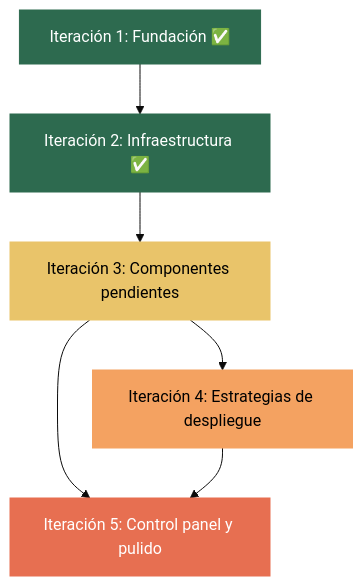
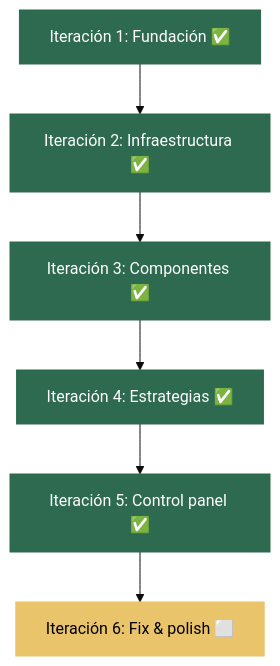
One commit to xavier-gallofre/k8s-deployer-playground changed the diagram in docs/user-stories.md. Above: the diagram before and after it, drawn with Mermaid (base theme). The commit also changed other lines of this file, not shown here.

````diff
--- a/docs/user-stories.md
+++ b/docs/user-stories.md
@@ -13,14 +13,15 @@
 ```mermaid
 graph TD
     I1["Iteración 1: Fundación ✅"] --> I2["Iteración 2: Infraestructura ✅"]
-    I2 --> I3["Iteración 3: Componentes pendientes"]
-    I3 --> I4["Iteración 4: Estrategias de despliegue"]
-    I3 --> I5["Iteración 5: Control panel y pulido"]
-    I4 --> I5
+    I2 --> I3["Iteración 3: Componentes ✅"]
+    I3 --> I4["Iteración 4: Estrategias ✅"]
+    I4 --> I5["Iteración 5: Control panel ✅"]
+    I5 --> I6["Iteración 6: Fix & polish ⬜"]
 
     style I1 fill:#2d6a4f,stroke:#2d6a4f,color:#fff
     style I2 fill:#2d6a4f,stroke:#2d6a4f,color:#fff
-    style I3 fill:#e9c46a,stroke:#e9c46a,color:#000
-    style I4 fill:#f4a261,stroke:#f4a261,color:#000
-    style I5 fill:#e76f51,stroke:#e76f51,color:#fff
+    style I3 fill:#2d6a4f,stroke:#2d6a4f,color:#fff
+    style I4 fill:#2d6a4f,stroke:#2d6a4f,color:#fff
+    style I5 fill:#2d6a4f,stroke:#2d6a4f,color:#fff
+    style I6 fill:#e9c46a,stroke:#e9c46a,color:#000
 ```
````
